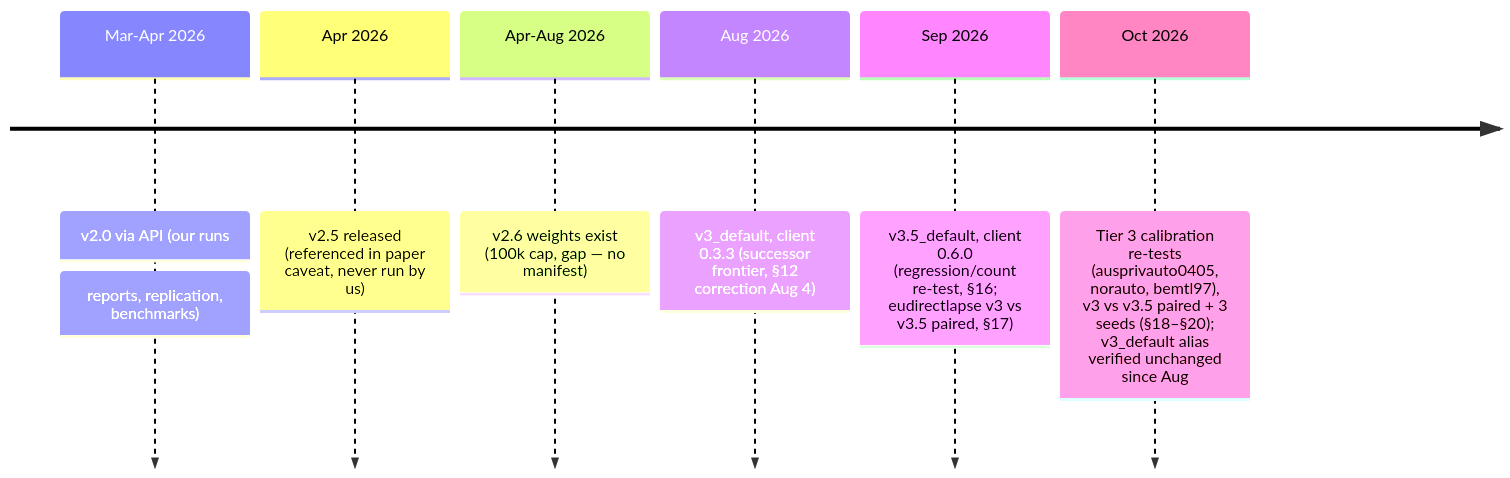
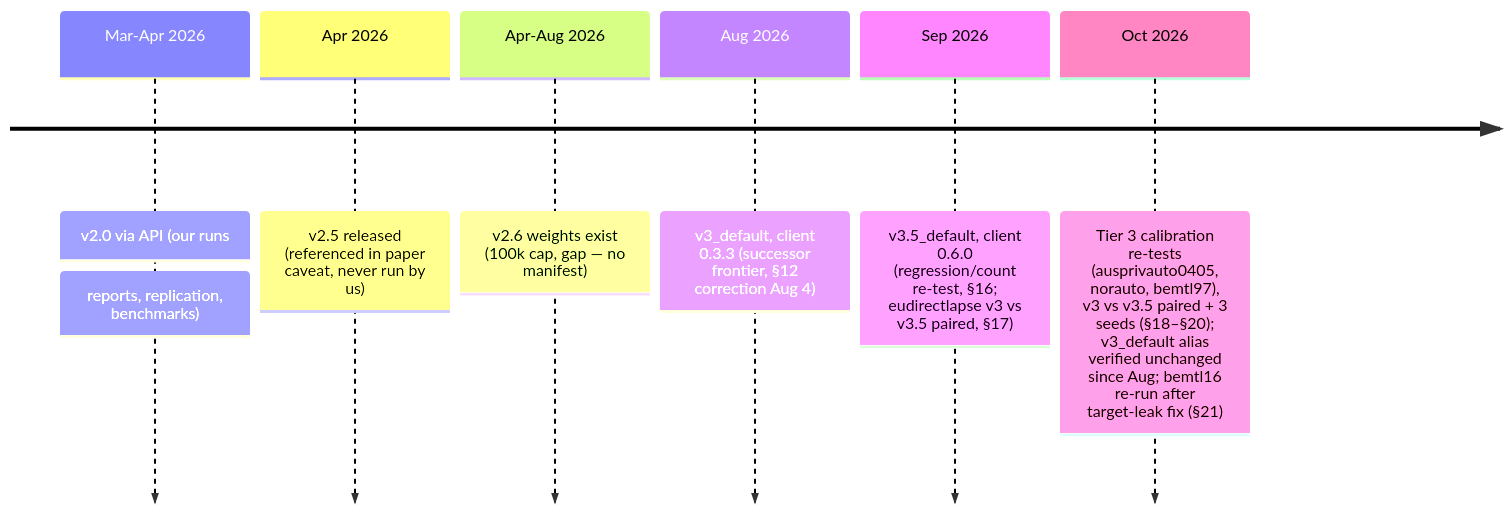
The diagram in docs/MODEL_VERSIONS.md (IFoA-ADSWP/tabular-foundation-model), drawn with Mermaid before and after one commit. The commit also changed other lines of this file and 21 other files, not shown here.

````diff
--- a/docs/MODEL_VERSIONS.md
+++ b/docs/MODEL_VERSIONS.md
@@ -24,9 +25,9 @@
 ```mermaid
 timeline
     Mar-Apr 2026 : v2.0 via API (our runs: reports, replication, benchmarks)
     Apr 2026 : v2.5 released (referenced in paper caveat, never run by us)
     Apr-Aug 2026 : v2.6 weights exist (100k cap, gap — no manifest)
     Aug 2026 : v3_default, client 0.3.3 (successor frontier, §12 correction Aug 4)
     Sep 2026 : v3.5_default, client 0.6.0 (regression/count re-test, §16; eudirectlapse v3 vs v3.5 paired, §17)
-    Oct 2026 : Tier 3 calibration re-tests (ausprivauto0405, norauto, bemtl97), v3 vs v3.5 paired + 3 seeds (§18–§20); v3_default alias verified unchanged since Aug
+    Oct 2026 : Tier 3 calibration re-tests (ausprivauto0405, norauto, bemtl97), v3 vs v3.5 paired + 3 seeds (§18–§20); v3_default alias verified unchanged since Aug; bemtl16 re-run after target-leak fix (§21)
 ```
````
